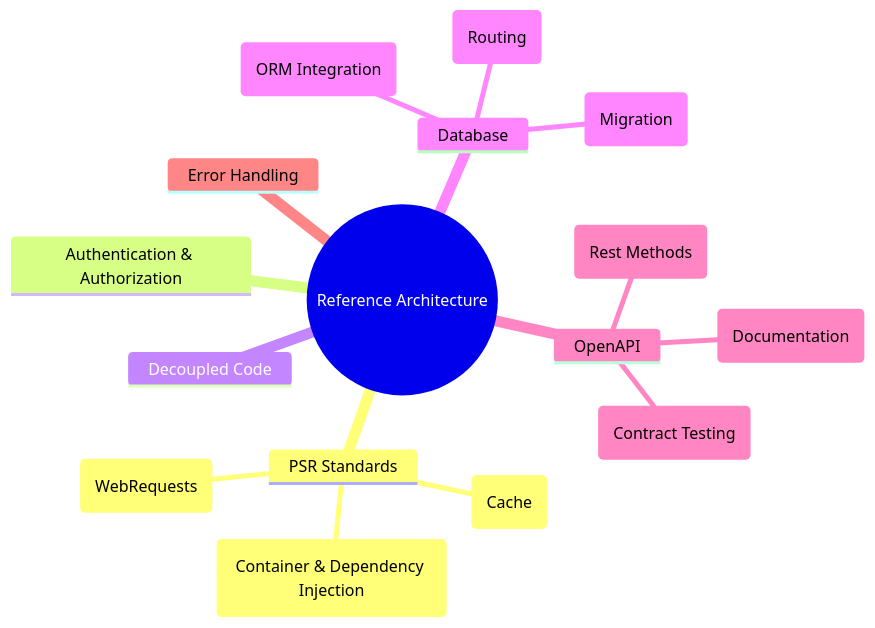
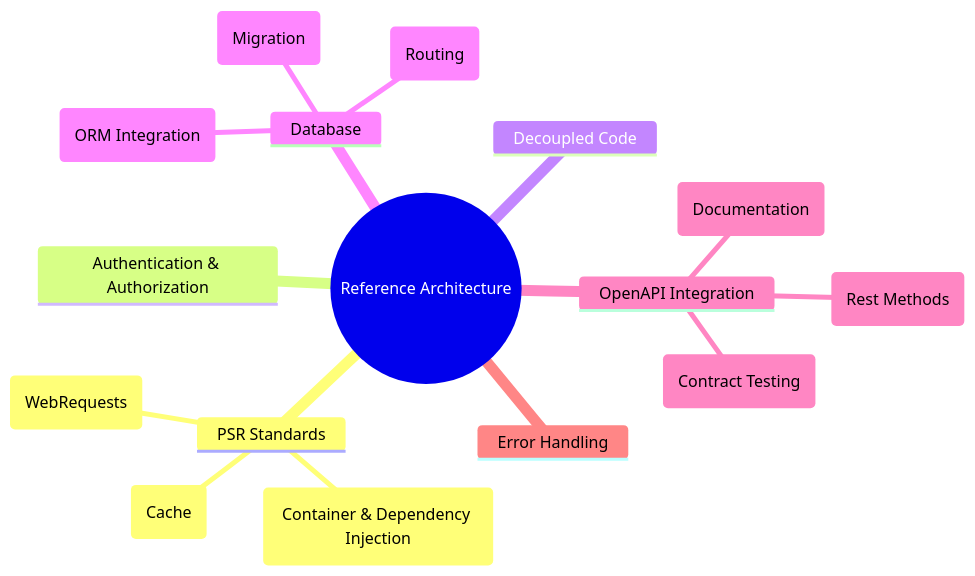
Before and after one commit to byjg/php-rest-reference-architecture: the diagram in README.md, drawn with Mermaid.

Commit message:
Renaming from Rest Template to Rest Reference Architecture

````diff
--- a/README.md
+++ b/README.md
@@ -14,19 +14,19 @@
 ```mermaid
 mindmap
   root((Reference Architecture))
     PSR Standards
-        PSR-7 (WebRequests)
-        PSR-11 (Container & Dependency Injection)
-        PSR-16 & PSR-6 (Cache)
+        PSR-7(WebRequests)
+        PSR-11(Container & Dependency Injection)
+        PSR-6(Cache)
     Authentication & Authorization
     Decoupled Code
     Database
-        (ORM Integration)
-        (Migration)
-        (Routing)
-    OpenAPI
-        (Rest Methods)
-        (Contract Testing)
-        (Documentation)
+        orm(ORM Integration)
+        migration(Migration)
+        routing(Routing)
+    OpenAPI Integration
+        rest(Rest Methods)
+        rest(Contract Testing)
+        rest(Documentation)
     Error Handling
 ```
````
